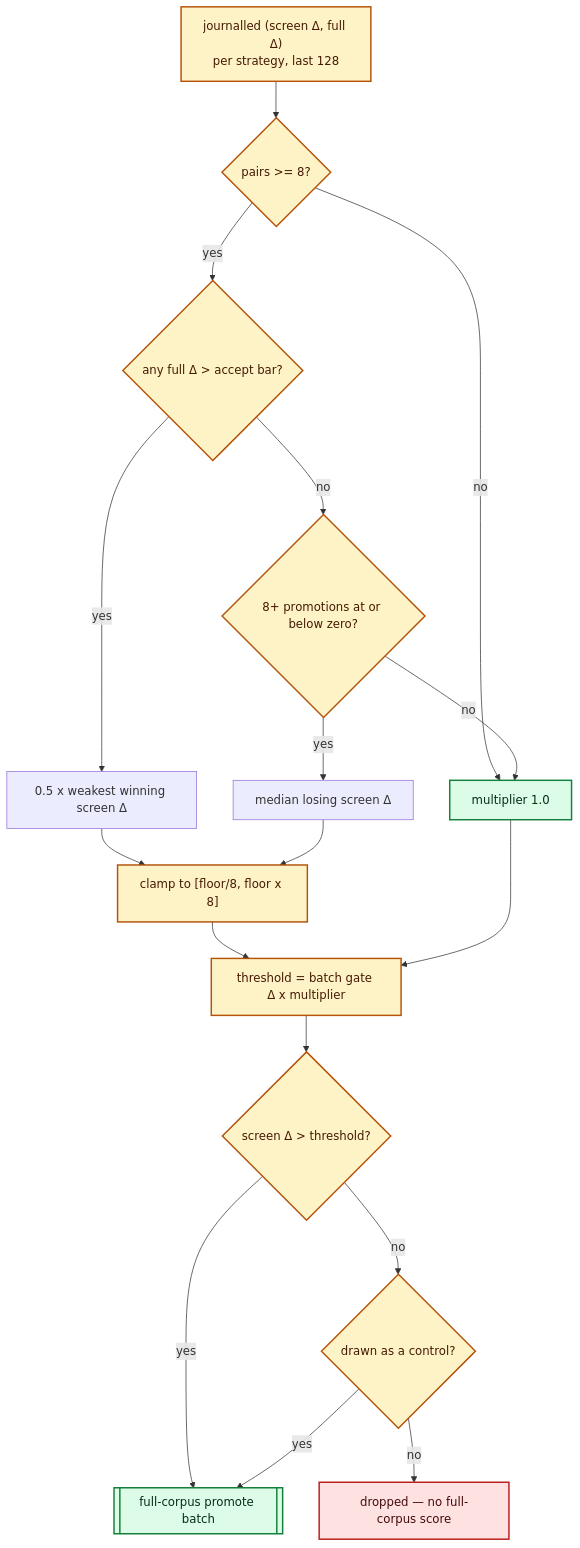
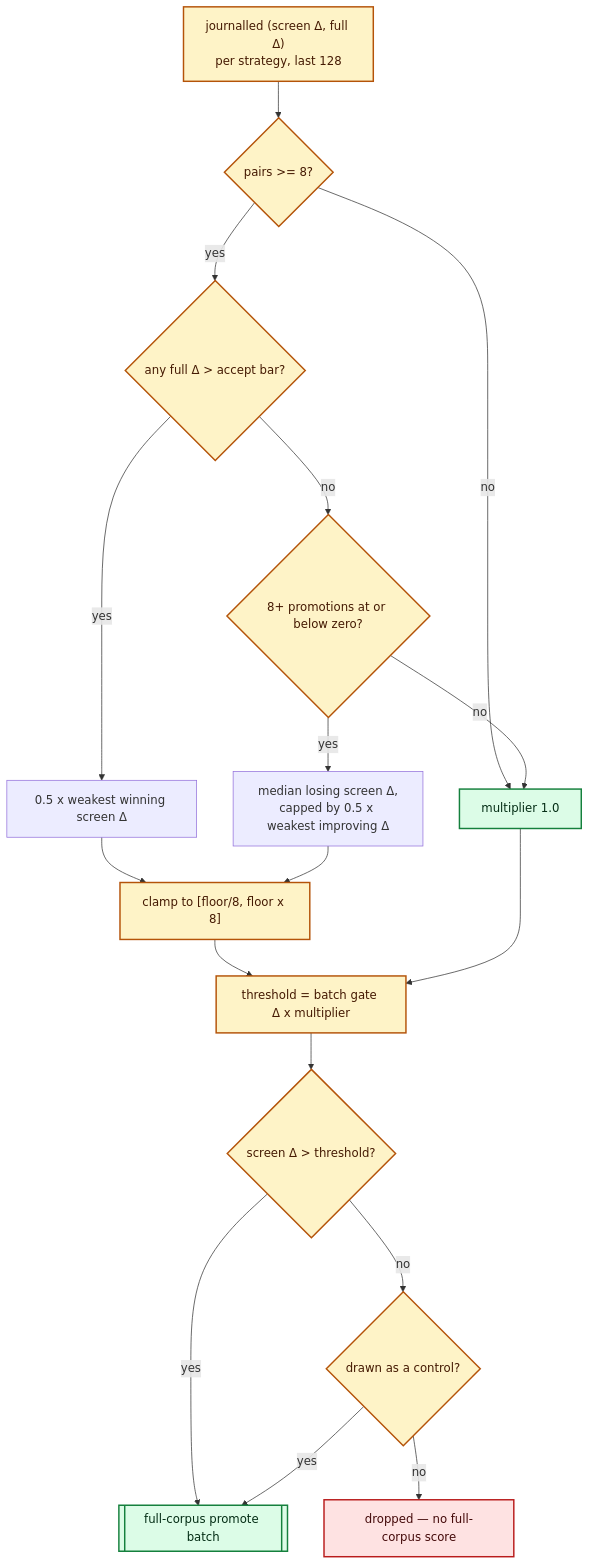
One commit to stSoftwareAU/NEAT-AI-Lamarck changed the diagram in docs/screen-thresholds.md. Above: the diagram before and after it, drawn with Mermaid. The commit also changed other lines of this file and 7 other files, not shown here.

````diff
--- a/docs/screen-thresholds.md
+++ b/docs/screen-thresholds.md
@@ -53,27 +53,27 @@
 ```mermaid
 flowchart TD
     J["journalled (screen Δ, full Δ)<br/>per strategy, last 128"] --> N{"pairs >= 8?"}
     N -- no --> SHARED["multiplier 1.0"]
     N -- yes --> W{"any full Δ > accept bar?"}
     W -- yes --> WIN["0.5 x weakest winning screen Δ"]
     W -- no --> L{"8+ promotions at or below zero?"}
-    L -- yes --> LOSS["median losing screen Δ"]
+    L -- yes --> LOSS["median losing screen Δ,<br/>capped by 0.5 x weakest improving Δ"]
     L -- no --> SHARED
     WIN --> CLAMP["clamp to [floor/8, floor x 8]"]
     LOSS --> CLAMP
     CLAMP --> T["threshold = batch gate Δ x multiplier"]
     SHARED --> T
     T --> P{"screen Δ > threshold?"}
     P -- yes --> FULL[["full-corpus promote batch"]]
     P -- no --> C{"drawn as a control?"}
     C -- yes --> FULL
     C -- no --> DROP["dropped — no full-corpus score"]
 
     classDef stage fill:#fef3c7,stroke:#b45309,stroke-width:2px,color:#451a03
     classDef stop fill:#dcfce7,stroke:#15803d,stroke-width:2px,color:#052e16
     classDef reject fill:#fee2e2,stroke:#b91c1c,stroke-width:2px,color:#450a0a
 
     class J,N,W,L,CLAMP,T,P,C stage
     class FULL,SHARED stop
     class DROP reject
 ```
````
